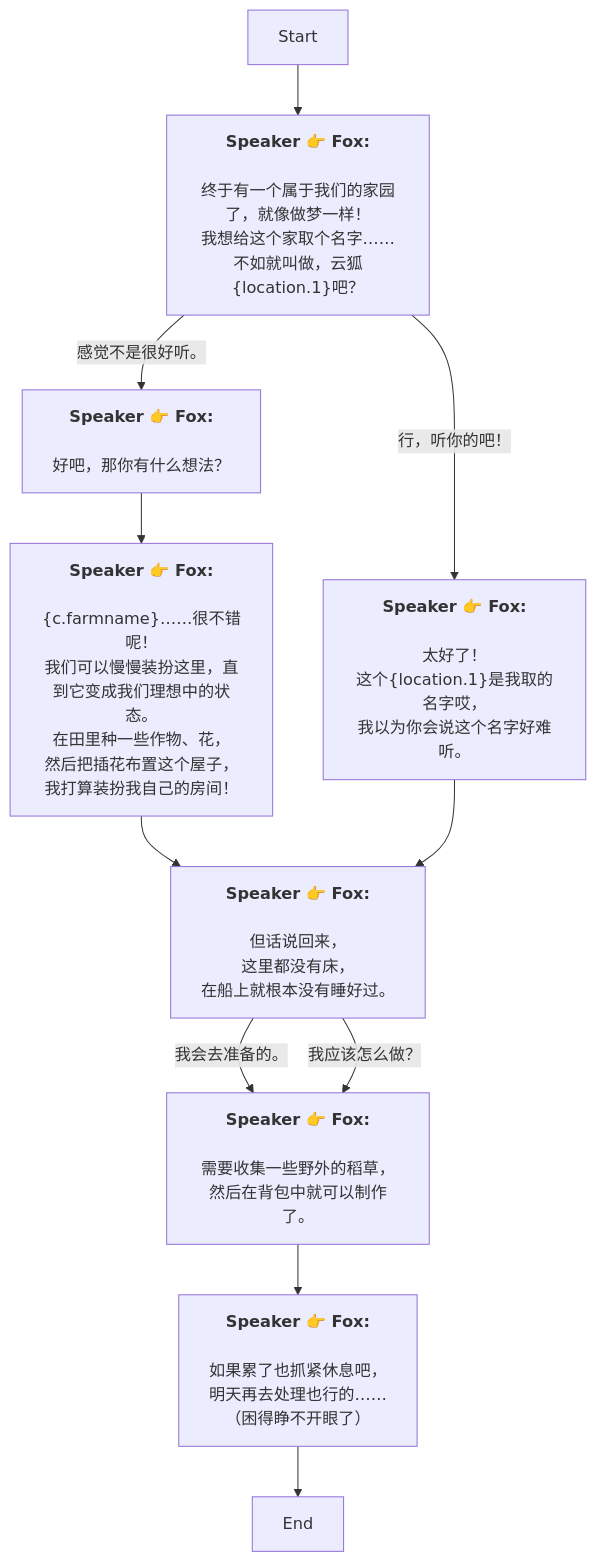
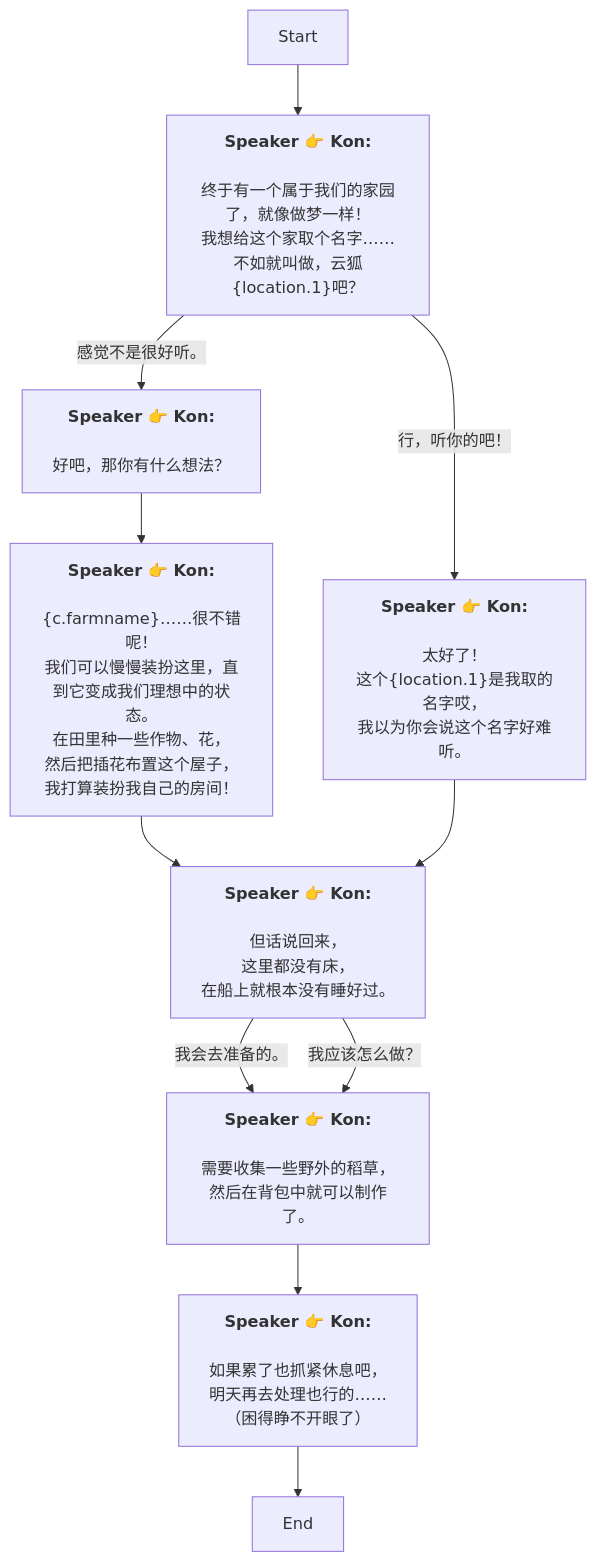
One commit to SoftHu/tos_avg changed the diagram in Zh/QuestApproachDialogNode_1738387322740858.md. Above: the diagram before and after it, drawn with Mermaid. The commit also changed 730 other files, not shown here.

````diff
--- a/Zh/QuestApproachDialogNode_1738387322740858.md
+++ b/Zh/QuestApproachDialogNode_1738387322740858.md
@@ -1,37 +1,37 @@
 ```mermaid
 graph
-Start -->1738387958398078[<b>Speaker 👉 Fox:</b>
+Start -->1738387958398078[<b>Speaker 👉 Kon:</b>
 \n终于有一个属于我们的家园了，就像做梦一样！
 我想给这个家取个名字……\n不如就叫做，云狐&lbrace;location.1&rbrace;吧？]
-1738387958398078 -->|行，听你的吧！|1738388341011589[<b>Speaker 👉 Fox:</b>
+1738387958398078 -->|感觉不是很好听。|1738388286156932[<b>Speaker 👉 Kon:</b>
+\n好吧，那你有什么想法？]
+1738387958398078 -->|行，听你的吧！|1738388341011589[<b>Speaker 👉 Kon:</b>
 \n太好了！
 这个&lbrace;location.1&rbrace;是我取的名字哎，
 我以为你会说这个名字好难听。]
-1738387958398078 -->|感觉不是很好听。|1738388286156932[<b>Speaker 👉 Fox:</b>
-\n好吧，那你有什么想法？]
-1738388286156932 -->1738995967017127[<b>Speaker 👉 Fox:</b>
+1738388286156932 -->1738995967017127[<b>Speaker 👉 Kon:</b>
 \n&lbrace;c.farmname&rbrace;……很不错呢！
 我们可以慢慢装扮这里，直到它变成我们理想中的状态。\n在田里种一些作物、花，
 然后把插花布置这个屋子，
 我打算装扮我自己的房间！]
-1738995967017127 -->1738388426918022[<b>Speaker 👉 Fox:</b>
+1738995967017127 -->1738388426918022[<b>Speaker 👉 Kon:</b>
 \n但话说回来，
 这里都没有床，
 在船上就根本没有睡好过。]
-1738388426918022 -->|我会去准备的。|1738388688796813[<b>Speaker 👉 Fox:</b>
+1738388426918022 -->|我会去准备的。|1738388688796813[<b>Speaker 👉 Kon:</b>
 \n需要收集一些野外的稻草，
 然后在背包中就可以制作了。]
-1738388426918022 -->|我应该怎么做？|1738388688796813[<b>Speaker 👉 Fox:</b>
+1738388426918022 -->|我应该怎么做？|1738388688796813[<b>Speaker 👉 Kon:</b>
 \n需要收集一些野外的稻草，
 然后在背包中就可以制作了。]
-1738388688796813 -->1738388750465166[<b>Speaker 👉 Fox:</b>
+1738388688796813 -->1738388750465166[<b>Speaker 👉 Kon:</b>
 \n如果累了也抓紧休息吧，
 明天再去处理也行的……
 （困得睁不开眼了）]
 1738388750465166 -->1738387476879485[End]
-1738388341011589 -->1738388426918022[<b>Speaker 👉 Fox:</b>
+1738388341011589 -->1738388426918022[<b>Speaker 👉 Kon:</b>
 \n但话说回来，
 这里都没有床，
 在船上就根本没有睡好过。]
 
 ```
````
